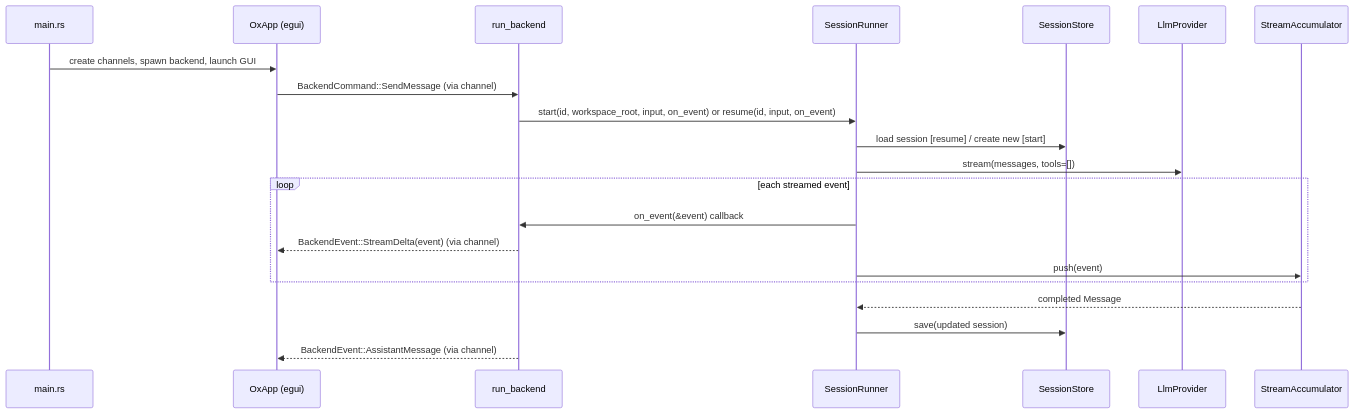
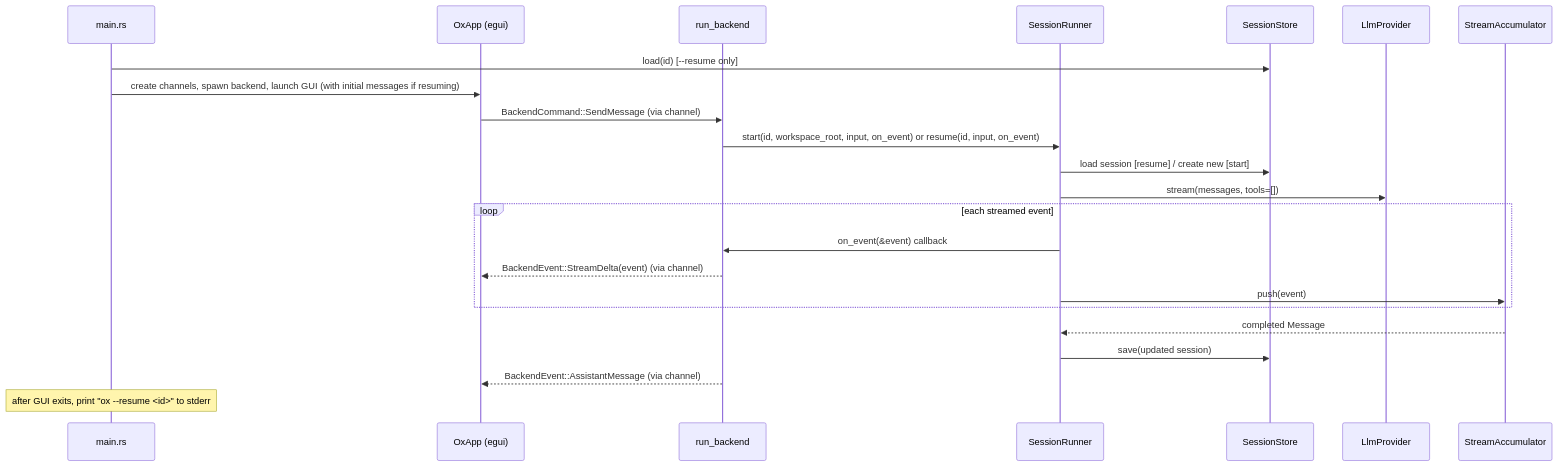
One commit to kkestell/ox-rs changed the second of 2 diagrams in AGENTS.md. Above: the diagram before and after it, drawn with Mermaid. The commit also changed other lines of this file and 5 other files, not shown here.

````diff
--- a/AGENTS.md
+++ b/AGENTS.md
@@ -71,26 +71,28 @@
 ```mermaid
 sequenceDiagram
     participant M as main.rs
     participant G as OxApp (egui)
     participant BC as run_backend
     participant SR as SessionRunner
     participant SS as SessionStore
     participant LP as LlmProvider
     participant ACC as StreamAccumulator
 
-    M->>G: create channels, spawn backend, launch GUI
+    M->>SS: load(id) [--resume only]
+    M->>G: create channels, spawn backend, launch GUI (with initial messages if resuming)
     G->>BC: BackendCommand::SendMessage (via channel)
     BC->>SR: start(id, workspace_root, input, on_event) or resume(id, input, on_event)
     SR->>SS: load session [resume] / create new [start]
     SR->>LP: stream(messages, tools=[])
 
     loop each streamed event
         SR->>BC: on_event(&event) callback
         BC-->>G: BackendEvent::StreamDelta(event) (via channel)
         SR->>ACC: push(event)
     end
 
     ACC-->>SR: completed Message
     SR->>SS: save(updated session)
     BC-->>G: BackendEvent::AssistantMessage (via channel)
+    Note over M: after GUI exits, print "ox --resume <id>" to stderr
 ```
````
